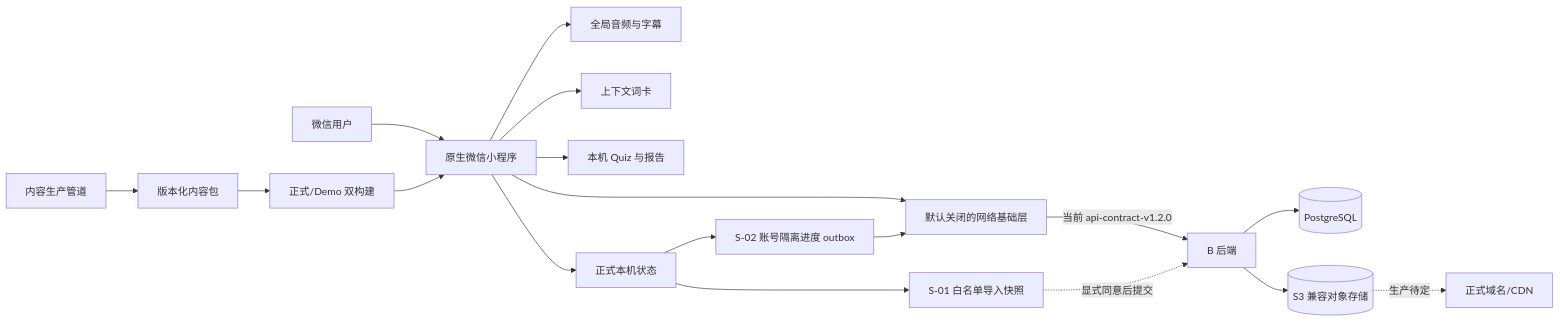
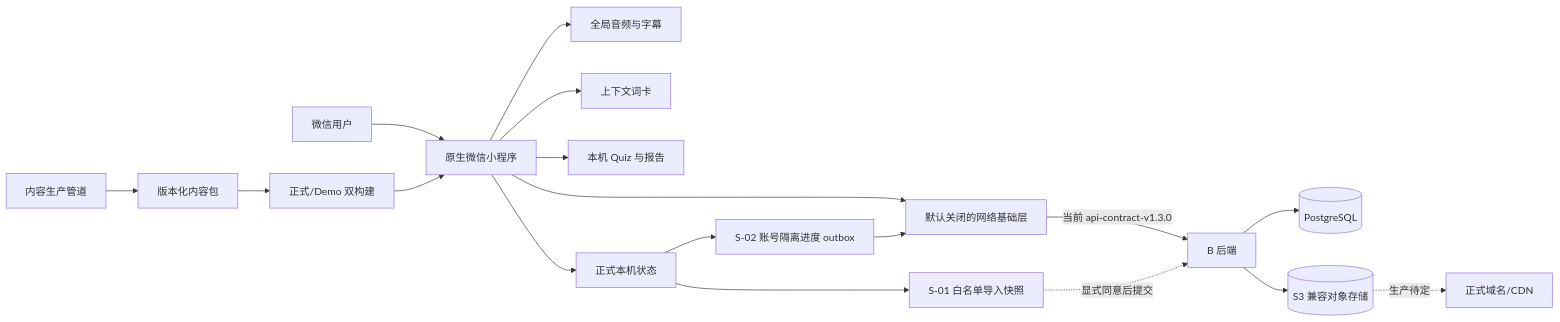
One commit to Evil-Bubble-wzx/wechat-project changed the diagram in 听阅小程序-技术架构与需求总览-v3.0.md. Above: the diagram before and after it, drawn with Mermaid. The commit also changed other lines of this file and 50 other files, not shown here.

````diff
--- a/听阅小程序-技术架构与需求总览-v3.0.md
+++ b/听阅小程序-技术架构与需求总览-v3.0.md
@@ -89,20 +89,20 @@
 ```mermaid
 flowchart LR
     U[微信用户] --> MP[原生微信小程序]
     MP --> PLAYER[全局音频与字幕]
     MP --> VOCAB[上下文词卡]
     MP --> QUIZ[本机 Quiz 与报告]
     MP --> STORE[正式本机状态]
     MP --> NET[默认关闭的网络基础层]
     STORE --> IMPORT[S-01 白名单导入快照]
     STORE --> PROGRESS[S-02 账号隔离进度 outbox]
-    NET -->|当前 api-contract-v1.2.0| B[B 后端]
+    NET -->|当前 api-contract-v1.3.0| B[B 后端]
     IMPORT -. 显式同意后提交 .-> B
     PROGRESS --> NET
     B --> DB[(PostgreSQL)]
     B --> MEDIA[(S3 兼容对象存储)]
     MEDIA -. 生产待定 .-> CDN[正式域名/CDN]
     PIPE[内容生产管道] --> PKG[版本化内容包]
     PKG --> BUILD[正式/Demo 双构建]
     BUILD --> MP
 ```
````
